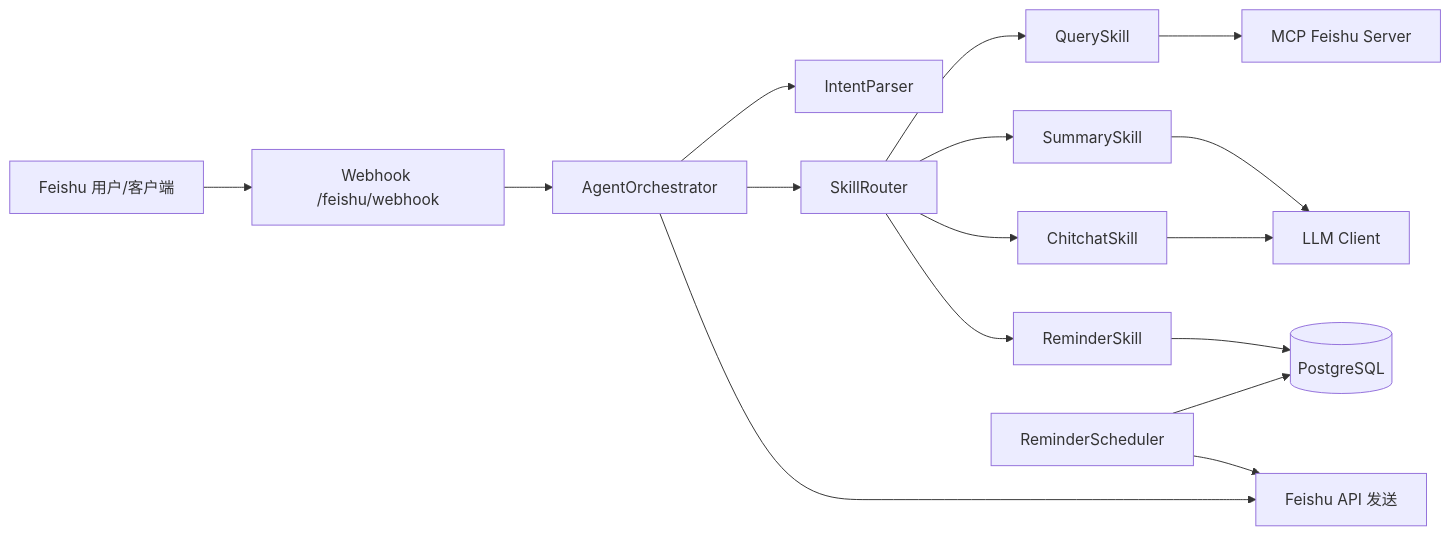
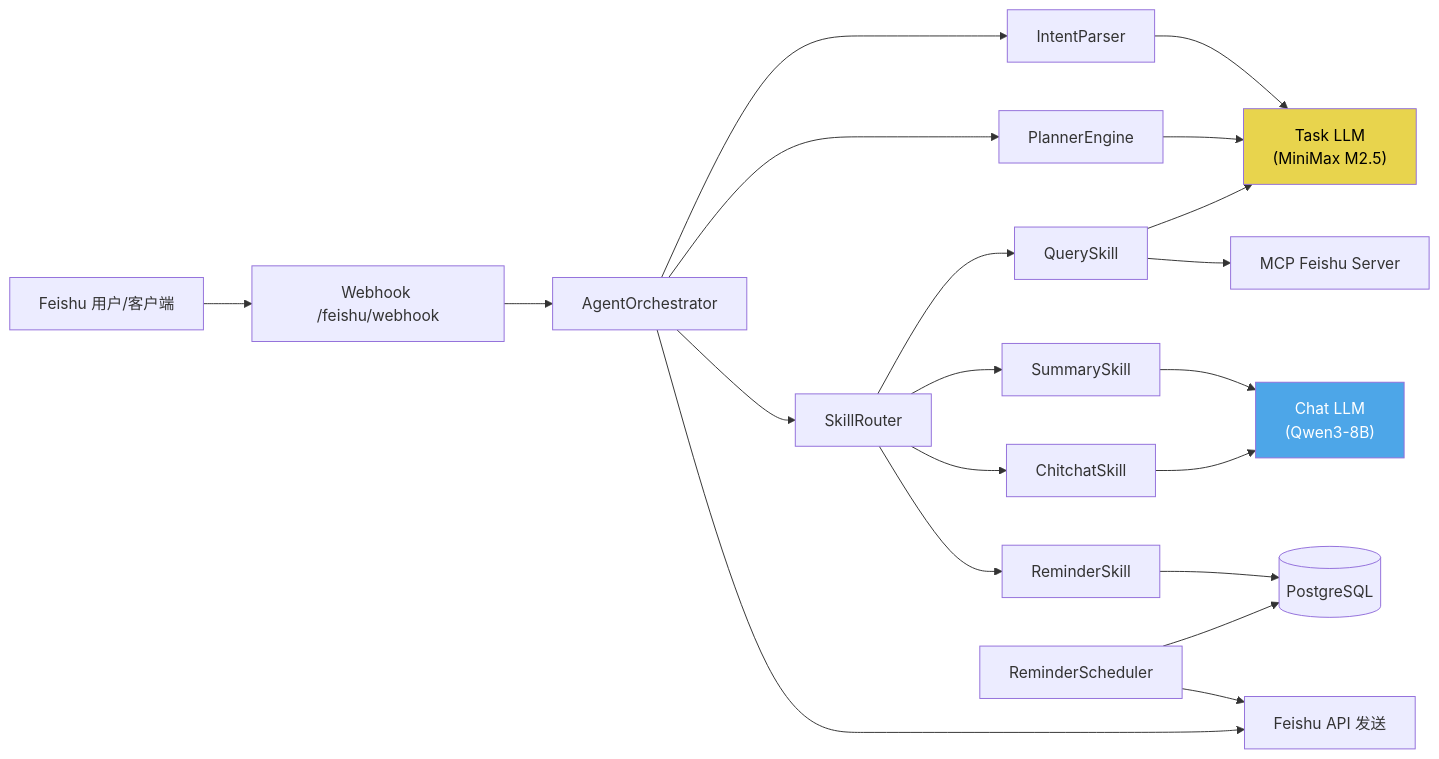
Before and after one commit to Clukay-Fun/OmniAgent: the first of 2 diagrams in agent/feishu-agent/README.md, drawn with Mermaid. The commit also changed other lines of this file and 4 other files, not shown here.

````diff
--- a/agent/feishu-agent/README.md
+++ b/agent/feishu-agent/README.md
@@ -25,18 +28,25 @@
 ```mermaid
 flowchart LR
     Feishu[Feishu 用户/客户端] --> Webhook[Webhook /feishu/webhook]
     Webhook --> Orchestrator[AgentOrchestrator]
     Orchestrator --> Intent[IntentParser]
+    Orchestrator --> Planner[PlannerEngine]
     Orchestrator --> Router[SkillRouter]
     Router --> Query[QuerySkill]
     Router --> Summary[SummarySkill]
     Router --> Reminder[ReminderSkill]
     Router --> Chitchat[ChitchatSkill]
+    Intent --> TaskLLM["Task LLM\n(MiniMax M2.5)"]
+    Planner --> TaskLLM
+    Query --> TaskLLM
     Query --> MCP[MCP Feishu Server]
-    Summary --> LLM[LLM Client]
-    Chitchat --> LLM
+    Summary --> ChatLLM["Chat LLM\n(Qwen3-8B)"]
+    Chitchat --> ChatLLM
     Reminder --> DB[(PostgreSQL)]
     Scheduler[ReminderScheduler] --> DB
     Scheduler --> FeishuAPI[Feishu API 发送]
     Orchestrator --> FeishuAPI
+
+    style TaskLLM fill:#e8d44d,color:#000
+    style ChatLLM fill:#4da6e8,color:#fff
 ```
````
